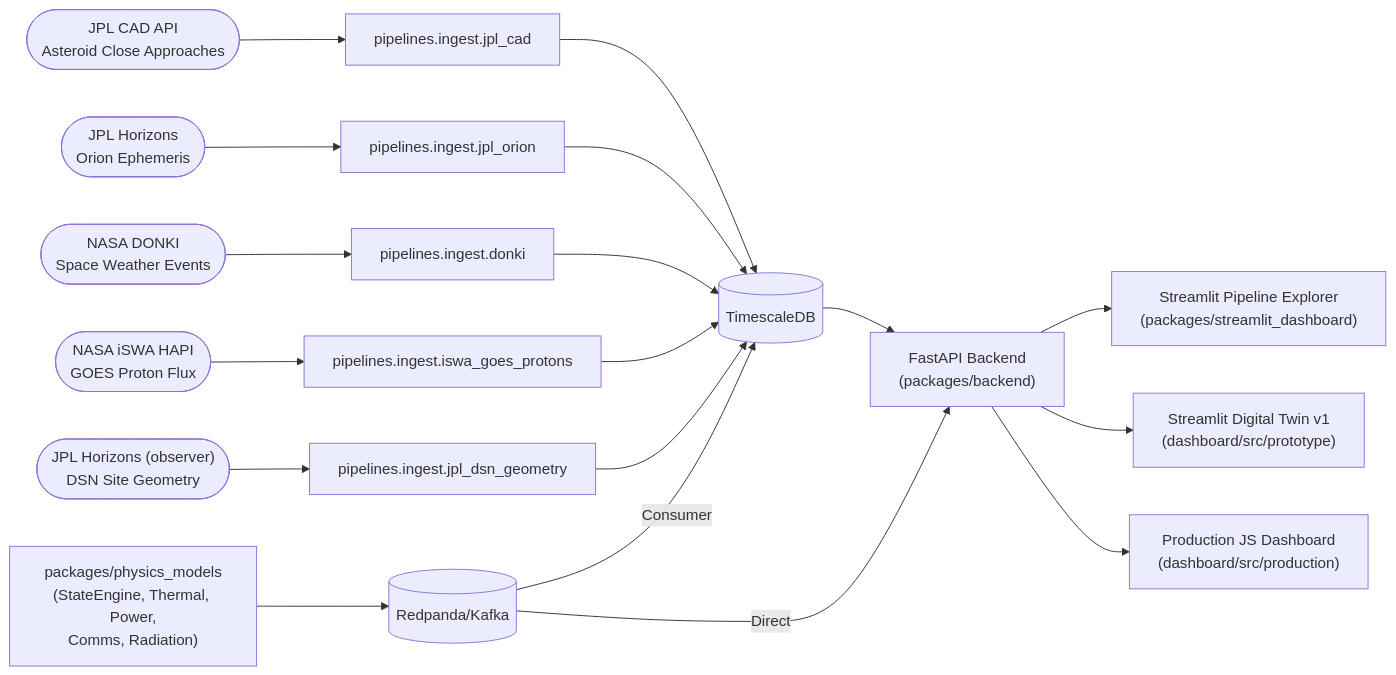
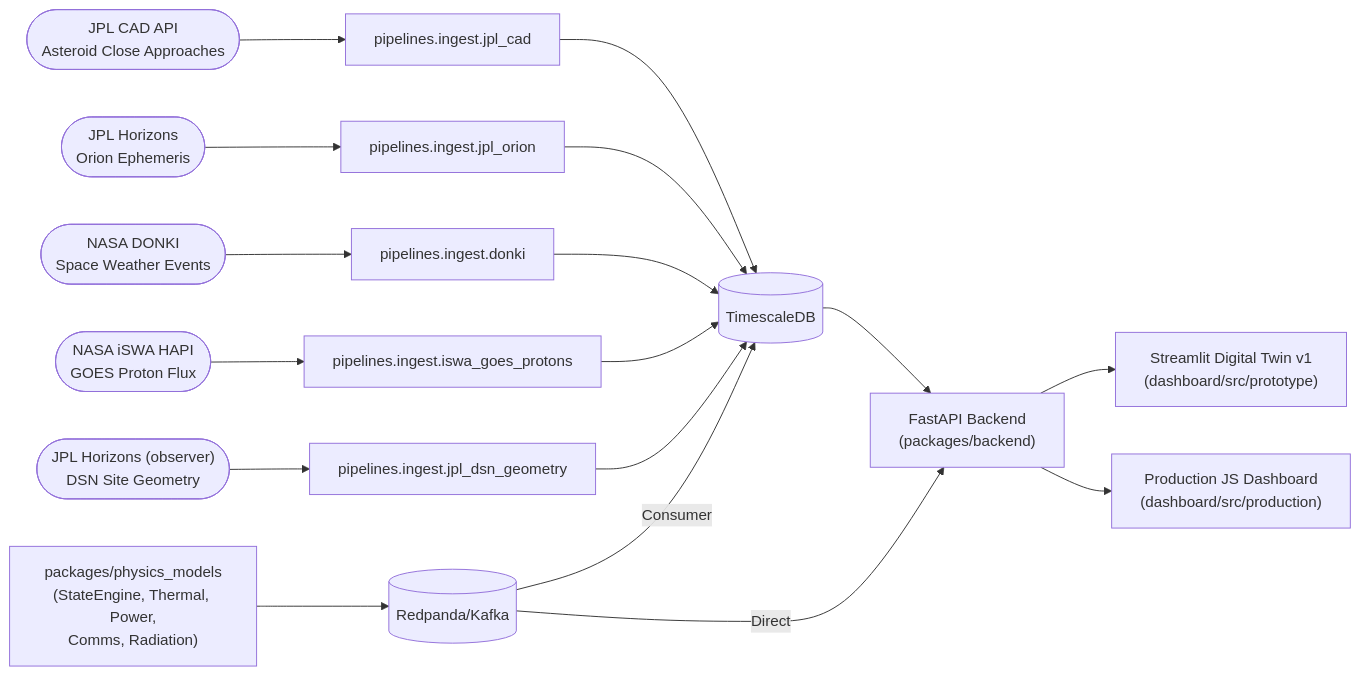
Before and after one commit to datatribe-collective-labs/telemetry: the diagram in docs/overview/PROJECT_OVERVIEW.md, drawn with Mermaid. The commit also changed other lines of this file and 37 other files, not shown here.

Commit message:
chore: retire the Data Explorer, one dashboard (#32) (#40)

````diff
--- a/docs/overview/PROJECT_OVERVIEW.md
+++ b/docs/overview/PROJECT_OVERVIEW.md
@@ -136,49 +135,47 @@
 ```mermaid
 flowchart LR
     %% Real Data Sources
     Source1(["JPL CAD API\nAsteroid Close Approaches"])
     Source2(["JPL Horizons\nOrion Ephemeris"])
     Source3(["NASA DONKI\nSpace Weather Events"])
     Source4(["NASA iSWA HAPI\nGOES Proton Flux"])
     Source5(["JPL Horizons (observer)\nDSN Site Geometry"])
     
     %% Ingest Pipelines
     Ingest1["pipelines.ingest.jpl_cad"]
     Ingest2["pipelines.ingest.jpl_orion"]
     Ingest3["pipelines.ingest.donki"]
     Ingest4["pipelines.ingest.iswa_goes_protons"]
     Ingest5["pipelines.ingest.jpl_dsn_geometry"]
     
     %% Synthetic Generation
     PhysicsModels["packages/physics_models\n(StateEngine, Thermal, Power,\nComms, Radiation)"]
     
     %% Infrastructure
     Kafka[(Redpanda/Kafka)]
     DB[(TimescaleDB)]
     Backend["FastAPI Backend\n(packages/backend)"]
-    Dash1["Streamlit Pipeline Explorer\n(packages/streamlit_dashboard)"]
     Dash2["Streamlit Digital Twin v1\n(dashboard/src/prototype)"]
     Dash3["Production JS Dashboard\n(dashboard/src/production)"]
     
     Source1 --> Ingest1
     Source2 --> Ingest2
     Source3 --> Ingest3
     Source4 --> Ingest4
     Source5 --> Ingest5
     
     Ingest1 --> DB
     Ingest2 --> DB
     Ingest3 --> DB
     Ingest4 --> DB
     Ingest5 --> DB
     
     PhysicsModels --> Kafka
     Kafka -->|Consumer| DB
     
     DB --> Backend
     Kafka -->|Direct| Backend
     
-    Backend --> Dash1
     Backend --> Dash2
     Backend --> Dash3
 ```
````
